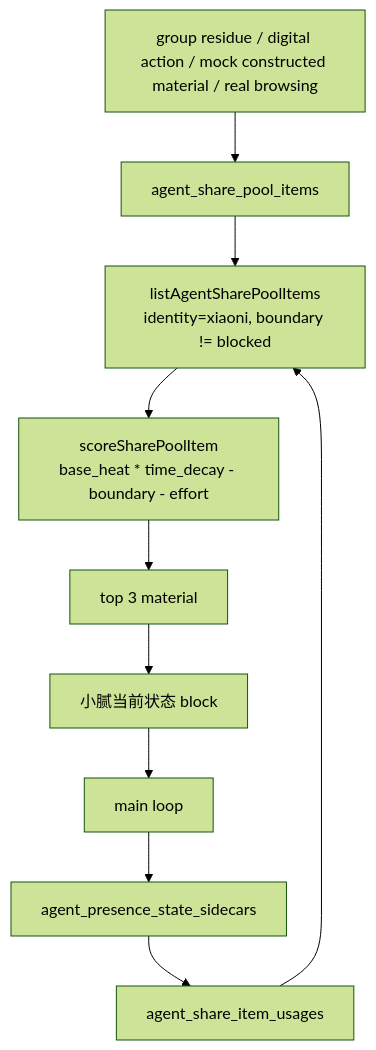
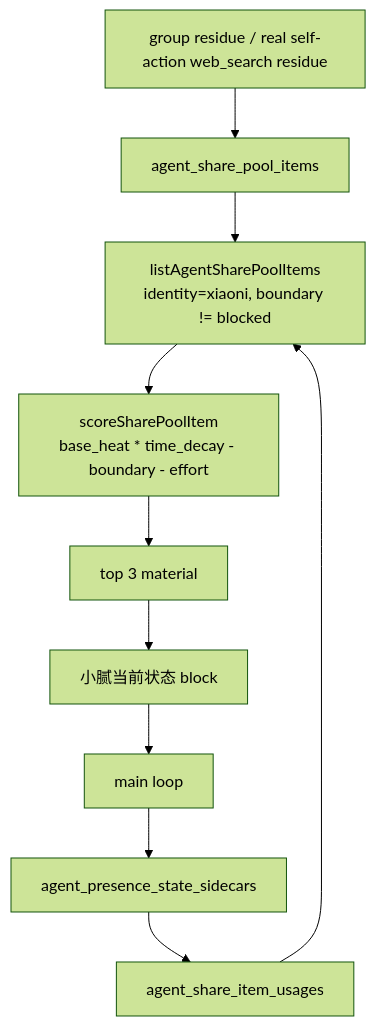
One commit to Hei-AI/xiaoni_cc changed the eighth of 9 diagrams in docs/XIAONI_SPEAKING_FLOW.md. Above: the diagram before and after it, drawn with Mermaid (forest theme). The commit also changed other lines of this file and 29 other files, not shown here.

First line of the commit message:
feat(agent): add Xiaoni self-action web search loop

````diff
--- a/docs/XIAONI_SPEAKING_FLOW.md
+++ b/docs/XIAONI_SPEAKING_FLOW.md
@@ -628,12 +670,12 @@
 ```mermaid
 flowchart TD
-  A[group residue / digital action / mock constructed material / real browsing] --> B[agent_share_pool_items]
+  A[group residue / real self-action web_search residue] --> B[agent_share_pool_items]
   B --> C[listAgentSharePoolItems<br/>identity=xiaoni, boundary != blocked]
   C --> D[scoreSharePoolItem<br/>base_heat * time_decay - boundary - effort]
   D --> E[top 3 material]
   E --> F[小腻当前状态 block]
   F --> G[main loop]
   G --> H[agent_presence_state_sidecars]
   H --> I[agent_share_item_usages]
   I --> C
 ```
````
